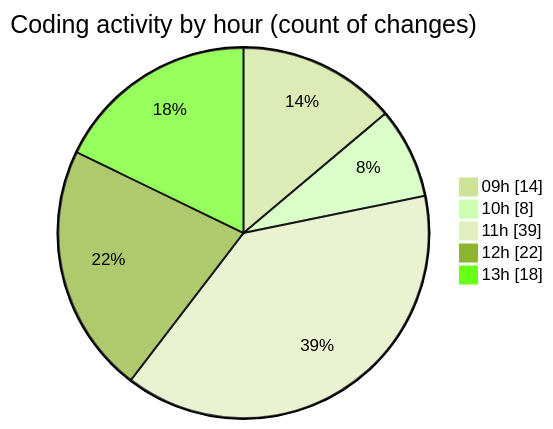
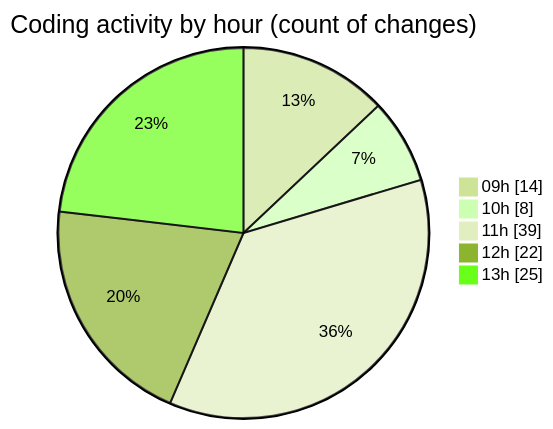
The second of 2 diagrams in 2025-02-07/cda/README.md (momahboobian/code-tracking), drawn with Mermaid (forest theme) before and after one commit. The commit also changed other lines of this file and 1 other file, not shown here.

````diff
--- a/2025-02-07/cda/README.md
+++ b/2025-02-07/cda/README.md
@@ -60,9 +60,9 @@
 ```mermaid
 pie showData
 title Coding activity by hour (count of changes)
 "09h" : 14
 "10h" : 8
 "11h" : 39
 "12h" : 22
-"13h" : 18
+"13h" : 25
 ```
````
